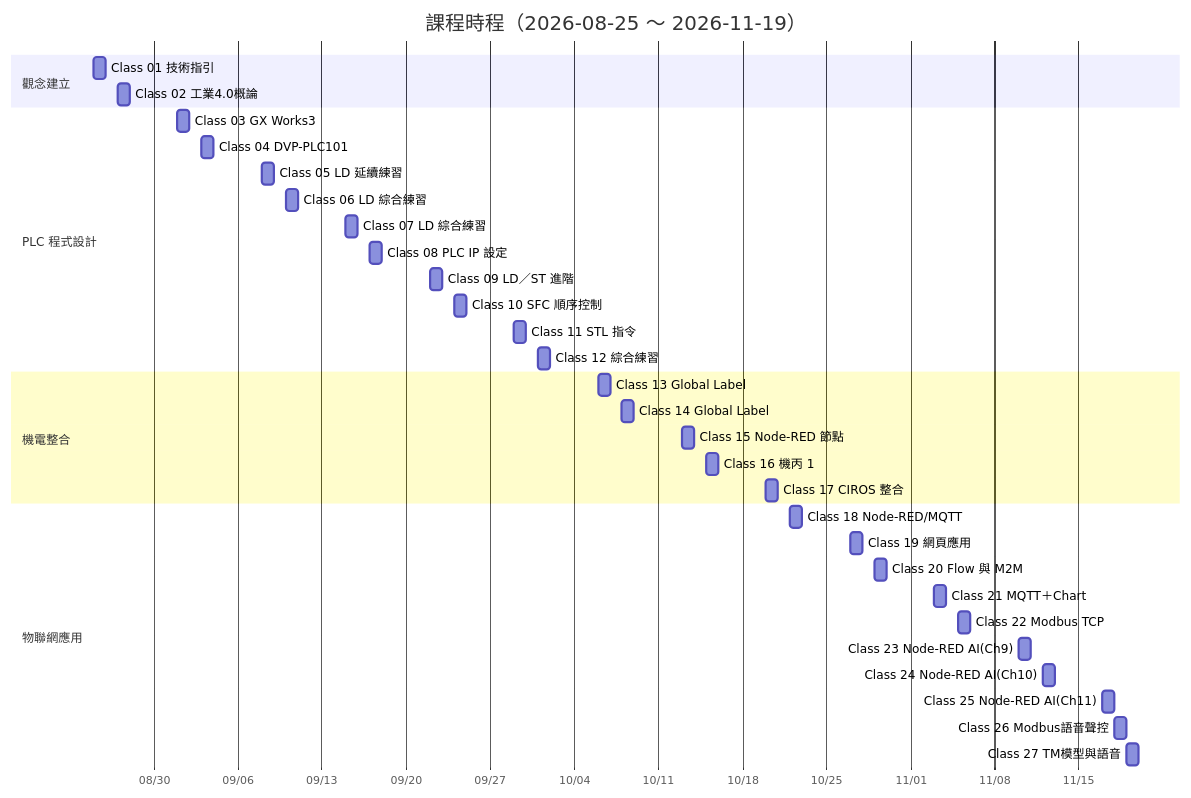
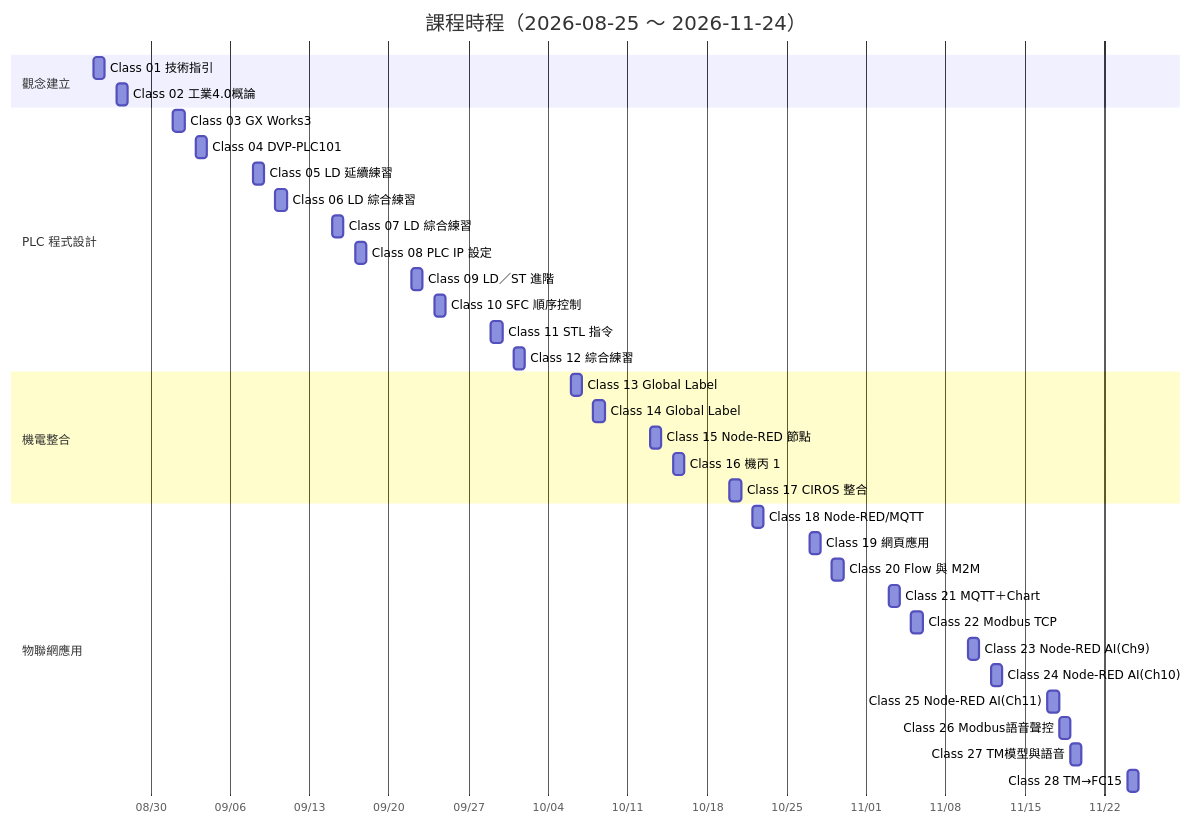
Before and after one commit to yd7148/INDUSTRY-4.0: the second of 3 diagrams in docs/COURSE-MAP.md, drawn with Mermaid. The commit also changed other lines of this file and 2 other files, not shown here.

Commit message:
Sync docs for Class-28 (28 classes, 29 videos, timeline and SVG)

````diff
--- a/docs/COURSE-MAP.md
+++ b/docs/COURSE-MAP.md
@@ -77,37 +80,38 @@
 ```mermaid
 gantt
-    title 課程時程（2026-08-25 ～ 2026-11-19）
+    title 課程時程（2026-08-25 ～ 2026-11-24）
     dateFormat YYYY-MM-DD
     axisFormat %m/%d
     section 觀念建立
     Class 01 技術指引        :c01, 2026-08-25, 1d
     Class 02 工業4.0概論      :c02, 2026-08-27, 1d
     section PLC 程式設計
     Class 03 GX Works3       :c03, 2026-09-01, 1d
     Class 04 DVP-PLC101      :c04, 2026-09-03, 1d
     Class 05 LD 延續練習      :c05, 2026-09-08, 1d
     Class 06 LD 綜合練習      :c06, 2026-09-10, 1d
     Class 07 LD 綜合練習      :c07, 2026-09-15, 1d
     Class 08 PLC IP 設定      :c08, 2026-09-17, 1d
     Class 09 LD／ST 進階      :c09, 2026-09-22, 1d
     Class 10 SFC 順序控制     :c10, 2026-09-24, 1d
     Class 11 STL 指令         :c11, 2026-09-29, 1d
     Class 12 綜合練習         :c12, 2026-10-01, 1d
     section 機電整合
     Class 13 Global Label    :c13, 2026-10-06, 1d
     Class 14 Global Label    :c14, 2026-10-08, 1d
     Class 15 Node-RED 節點    :c15, 2026-10-13, 1d
     Class 16 機丙 1           :c16, 2026-10-15, 1d
     Class 17 CIROS 整合       :c17, 2026-10-20, 1d
     section 物聯網應用
     Class 18 Node-RED/MQTT   :c18, 2026-10-22, 1d
     Class 19 網頁應用         :c19, 2026-10-27, 1d
     Class 20 Flow 與 M2M      :c20, 2026-10-29, 1d
     Class 21 MQTT＋Chart     :c21, 2026-11-03, 1d
     Class 22 Modbus TCP      :c22, 2026-11-05, 1d
     Class 23 Node-RED AI(Ch9) :c23, 2026-11-10, 1d
     Class 24 Node-RED AI(Ch10):c24, 2026-11-12, 1d
     Class 25 Node-RED AI(Ch11):c25, 2026-11-17, 1d
     Class 26 Modbus語音聲控  :c26, 2026-11-18, 1d
     Class 27 TM模型與語音    :c27, 2026-11-19, 1d
+    Class 28 TM→FC15        :c28, 2026-11-24, 1d
 ```
````
